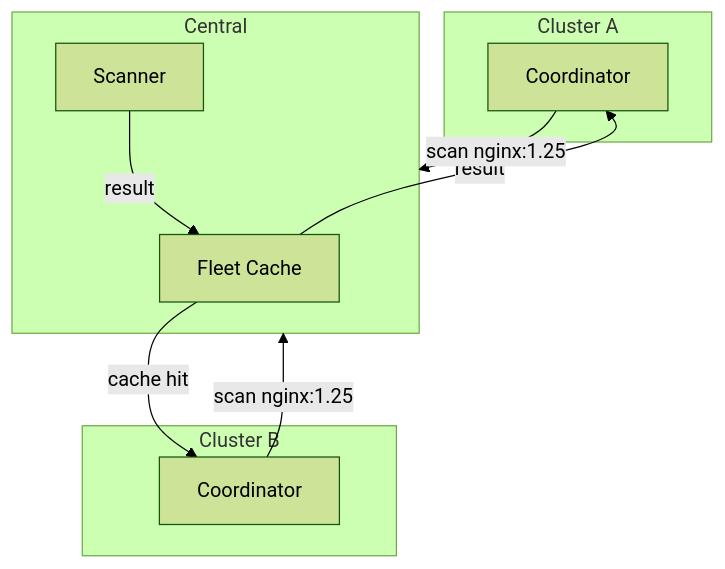
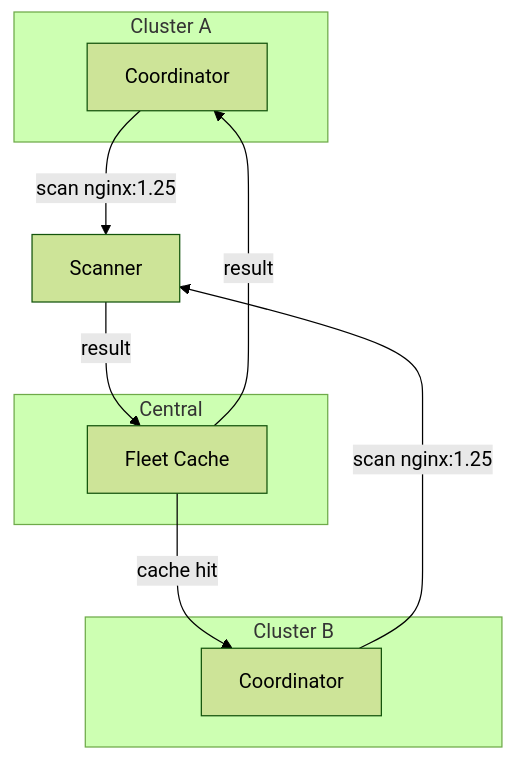
One commit to kylape/acs-next changed the seventh of 10 diagrams in docs/architecture/central-integration.md. Above: the diagram before and after it, drawn with Mermaid (forest theme). The commit also changed other lines of this file, not shown here.

First line of the commit message:
Fix Central integration diagrams: Scanner outside Central

````diff
--- a/docs/architecture/central-integration.md
+++ b/docs/architecture/central-integration.md
@@ -307,22 +294,23 @@
 ```mermaid
 graph TB
     subgraph clusterA["Cluster A"]
         coordA["Coordinator"]
     end
 
     subgraph clusterB["Cluster B"]
         coordB["Coordinator"]
     end
 
     subgraph central["Central"]
         cache["Fleet Cache"]
-        scanner["Scanner"]
     end
 
-    coordA -->|"scan nginx:1.25"| central
+    scanner["Scanner"]
+
+    coordA -->|"scan nginx:1.25"| scanner
     scanner -->|result| cache
     cache -->|result| coordA
 
-    coordB -->|"scan nginx:1.25"| central
+    coordB -->|"scan nginx:1.25"| scanner
     cache -->|"cache hit"| coordB
 ```
````
